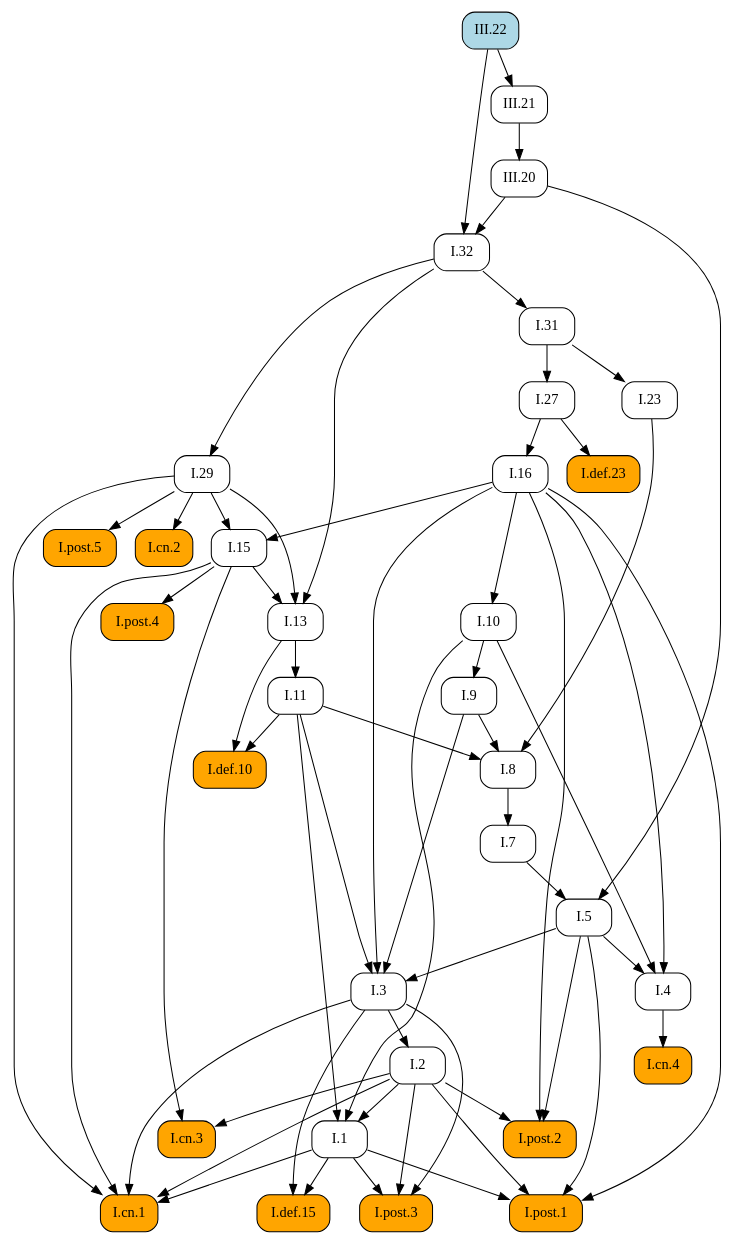
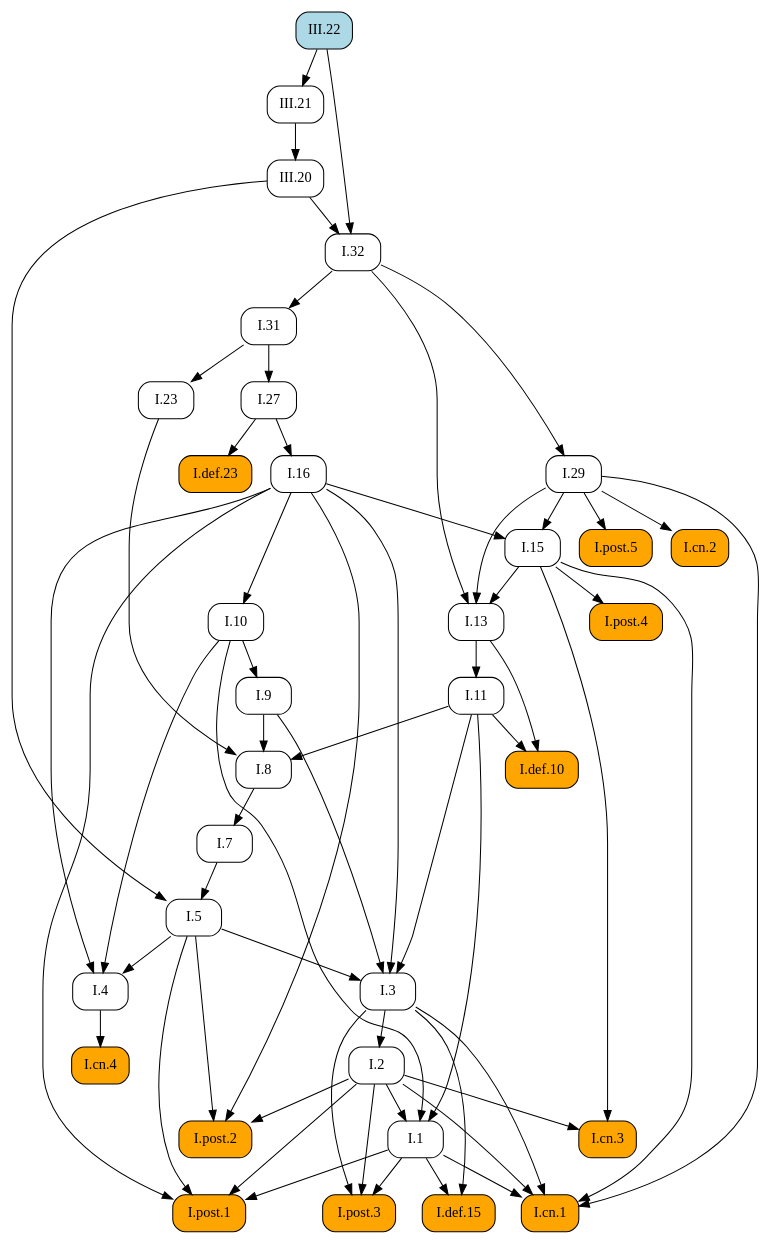
Before and after one commit to geometor/elements: the diagram in docsrc/heath/III/22/index.rst, drawn with Graphviz. The commit also changed other lines of this file and 484 other files, not shown here.

```diff
--- a/docsrc/heath/III/22/index.rst
+++ b/docsrc/heath/III/22/index.rst
@@ -47,97 +47,97 @@
    digraph {
      rankdir="TB";
      node [shape=box, style=rounded];
-     "I.def.10" [style="rounded,filled", fillcolor=orange, URL="/heath/I/def.10/", target="_top"];
-     "I.11" [URL="/heath/I/11/", target="_top"];
-     "I.post.4" [style="rounded,filled", fillcolor=orange, URL="/heath/I/post.4/", target="_top"];
-     "I.1" [URL="/heath/I/1/", target="_top"];
-     "I.29" [URL="/heath/I/29/", target="_top"];
-     "III.20" [URL="/heath/III/20/", target="_top"];
-     "I.cn.2" [style="rounded,filled", fillcolor=orange, URL="/heath/I/cn.2/", target="_top"];
+     "I.23" [URL="/heath/I/23/", target="_top"];
+     "I.9" [URL="/heath/I/9/", target="_top"];
+     "I.32" [URL="/heath/I/32/", target="_top"];
      "I.def.15" [style="rounded,filled", fillcolor=orange, URL="/heath/I/def.15/", target="_top"];
      "I.post.3" [style="rounded,filled", fillcolor=orange, URL="/heath/I/post.3/", target="_top"];
+     "I.post.1" [style="rounded,filled", fillcolor=orange, URL="/heath/I/post.1/", target="_top"];
+     "III.20" [URL="/heath/III/20/", target="_top"];
+     "I.31" [URL="/heath/I/31/", target="_top"];
+     "III.22" [style="rounded,filled", fillcolor=lightblue, URL="/heath/III/22/", target="_top"];
+     "I.def.10" [style="rounded,filled", fillcolor=orange, URL="/heath/I/def.10/", target="_top"];
+     "I.27" [URL="/heath/I/27/", target="_top"];
+     "I.3" [URL="/heath/I/3/", target="_top"];
      "I.cn.1" [style="rounded,filled", fillcolor=orange, URL="/heath/I/cn.1/", target="_top"];
+     "I.7" [URL="/heath/I/7/", target="_top"];
+     "I.2" [URL="/heath/I/2/", target="_top"];
+     "I.13" [URL="/heath/I/13/", target="_top"];
+     "I.post.4" [style="rounded,filled", fillcolor=orange, URL="/heath/I/post.4/", target="_top"];
+     "I.4" [URL="/heath/I/4/", target="_top"];
+     "I.1" [URL="/heath/I/1/", target="_top"];
+     "I.5" [URL="/heath/I/5/", target="_top"];
+     "I.8" [URL="/heath/I/8/", target="_top"];
      "I.cn.3" [style="rounded,filled", fillcolor=orange, URL="/heath/I/cn.3/", target="_top"];
-     "I.23" [URL="/heath/I/23/", target="_top"];
-     "I.post.1" [style="rounded,filled", fillcolor=orange, URL="/heath/I/post.1/", target="_top"];
-     "I.27" [URL="/heath/I/27/", target="_top"];
-     "I.7" [URL="/heath/I/7/", target="_top"];
-     "I.3" [URL="/heath/I/3/", target="_top"];
-     "I.2" [URL="/heath/I/2/", target="_top"];
+     "I.29" [URL="/heath/I/29/", target="_top"];
+     "I.16" [URL="/heath/I/16/", target="_top"];
+     "I.15" [URL="/heath/I/15/", target="_top"];
+     "I.10" [URL="/heath/I/10/", target="_top"];
+     "I.11" [URL="/heath/I/11/", target="_top"];
      "I.def.23" [style="rounded,filled", fillcolor=orange, URL="/heath/I/def.23/", target="_top"];
-     "I.4" [URL="/heath/I/4/", target="_top"];
-     "I.13" [URL="/heath/I/13/", target="_top"];
-     "I.31" [URL="/heath/I/31/", target="_top"];
+     "I.cn.2" [style="rounded,filled", fillcolor=orange, URL="/heath/I/cn.2/", target="_top"];
+     "I.post.5" [style="rounded,filled", fillcolor=orange, URL="/heath/I/post.5/", target="_top"];
+     "III.21" [URL="/heath/III/21/", target="_top"];
+     "I.cn.4" [style="rounded,filled", fillcolor=orange, URL="/heath/I/cn.4/", target="_top"];
      "I.post.2" [style="rounded,filled", fillcolor=orange, URL="/heath/I/post.2/", target="_top"];
-     "I.16" [URL="/heath/I/16/", target="_top"];
-     "I.9" [URL="/heath/I/9/", target="_top"];
-     "I.32" [URL="/heath/I/32/", target="_top"];
-     "I.8" [URL="/heath/I/8/", target="_top"];
-     "I.cn.4" [style="rounded,filled", fillcolor=orange, URL="/heath/I/cn.4/", target="_top"];
-     "I.15" [URL="/heath/I/15/", target="_top"];
-     "III.21" [URL="/heath/III/21/", target="_top"];
-     "I.post.5" [style="rounded,filled", fillcolor=orange, URL="/heath/I/post.5/", target="_top"];
-     "III.22" [style="rounded,filled", fillcolor=lightblue, URL="/heath/III/22/", target="_top"];
-     "I.10" [URL="/heath/I/10/", target="_top"];
-     "I.5" [URL="/heath/I/5/", target="_top"];
-     "I.11" -> "I.def.10";
-     "I.13" -> "I.def.10";
-     "I.13" -> "I.11";
-     "I.15" -> "I.post.4";
-     "I.2" -> "I.1";
-     "I.10" -> "I.1";
-     "I.11" -> "I.1";
-     "I.32" -> "I.29";
-     "III.21" -> "III.20";
-     "I.29" -> "I.cn.2";
+     "I.31" -> "I.23";
+     "I.10" -> "I.9";
+     "III.20" -> "I.32";
+     "III.22" -> "I.32";
      "I.1" -> "I.def.15";
      "I.3" -> "I.def.15";
      "I.1" -> "I.post.3";
      "I.2" -> "I.post.3";
      "I.3" -> "I.post.3";
+     "I.1" -> "I.post.1";
+     "I.2" -> "I.post.1";
+     "I.5" -> "I.post.1";
+     "I.16" -> "I.post.1";
+     "III.21" -> "III.20";
+     "I.32" -> "I.31";
+     "I.11" -> "I.def.10";
+     "I.13" -> "I.def.10";
+     "I.31" -> "I.27";
+     "I.5" -> "I.3";
+     "I.9" -> "I.3";
+     "I.11" -> "I.3";
+     "I.16" -> "I.3";
      "I.1" -> "I.cn.1";
      "I.2" -> "I.cn.1";
      "I.3" -> "I.cn.1";
      "I.15" -> "I.cn.1";
      "I.29" -> "I.cn.1";
-     "I.2" -> "I.cn.3";
-     "I.15" -> "I.cn.3";
-     "I.31" -> "I.23";
-     "I.1" -> "I.post.1";
-     "I.2" -> "I.post.1";
-     "I.5" -> "I.post.1";
-     "I.16" -> "I.post.1";
-     "I.31" -> "I.27";
      "I.8" -> "I.7";
-     "I.5" -> "I.3";
-     "I.9" -> "I.3";
-     "I.11" -> "I.3";
-     "I.16" -> "I.3";
      "I.3" -> "I.2";
-     "I.27" -> "I.def.23";
+     "I.15" -> "I.13";
+     "I.29" -> "I.13";
+     "I.32" -> "I.13";
+     "I.15" -> "I.post.4";
      "I.5" -> "I.4";
      "I.10" -> "I.4";
      "I.16" -> "I.4";
-     "I.15" -> "I.13";
-     "I.29" -> "I.13";
-     "I.32" -> "I.13";
-     "I.32" -> "I.31";
+     "I.2" -> "I.1";
+     "I.10" -> "I.1";
+     "I.11" -> "I.1";
+     "I.7" -> "I.5";
+     "III.20" -> "I.5";
+     "I.9" -> "I.8";
+     "I.11" -> "I.8";
+     "I.23" -> "I.8";
+     "I.2" -> "I.cn.3";
+     "I.15" -> "I.cn.3";
+     "I.32" -> "I.29";
+     "I.27" -> "I.16";
+     "I.16" -> "I.15";
+     "I.29" -> "I.15";
+     "I.16" -> "I.10";
+     "I.13" -> "I.11";
+     "I.27" -> "I.def.23";
+     "I.29" -> "I.cn.2";
+     "I.29" -> "I.post.5";
+     "III.22" -> "III.21";
+     "I.4" -> "I.cn.4";
      "I.2" -> "I.post.2";
      "I.5" -> "I.post.2";
      "I.16" -> "I.post.2";
-     "I.27" -> "I.16";
-     "I.10" -> "I.9";
-     "III.20" -> "I.32";
-     "III.22" -> "I.32";
-     "I.9" -> "I.8";
-     "I.11" -> "I.8";
-     "I.23" -> "I.8";
-     "I.4" -> "I.cn.4";
-     "I.16" -> "I.15";
-     "I.29" -> "I.15";
-     "III.22" -> "III.21";
-     "I.29" -> "I.post.5";
-     "I.16" -> "I.10";
-     "I.7" -> "I.5";
-     "III.20" -> "I.5";
    }
```
